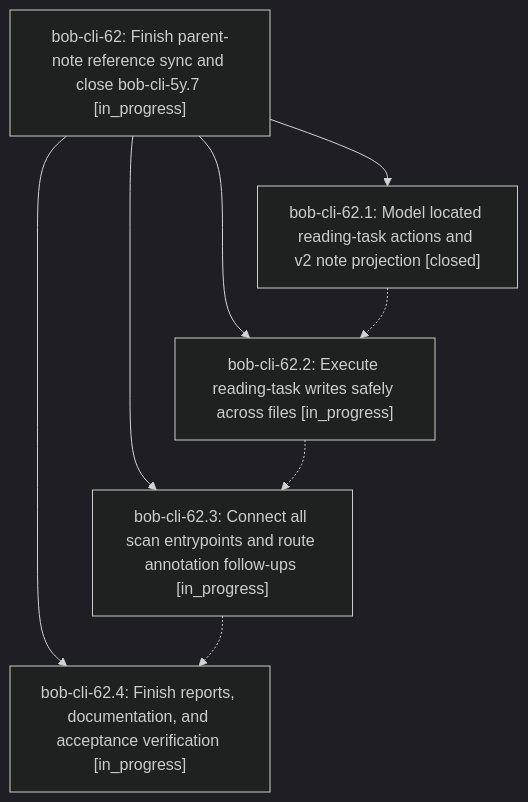
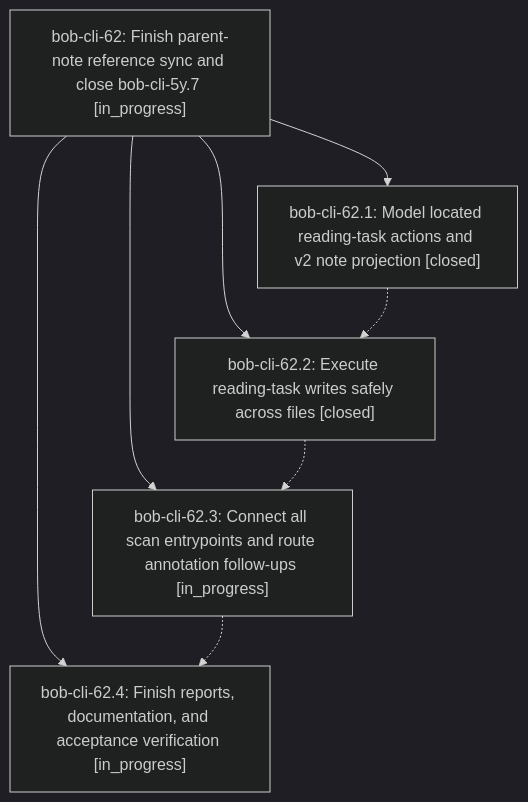
The diagram in pages/bob-cli-62/README.md (bobs-org/bob-cli--beads), drawn with Mermaid (dark theme) before and after one commit. The commit also changed other lines of this file and 3 other files, not shown here.

First line of the commit message:
chore(beads): sync bead state and pages for bob-cli-62

````diff
--- a/pages/bob-cli-62/README.md
+++ b/pages/bob-cli-62/README.md
@@ -25,15 +39,15 @@
 ```mermaid
 flowchart TD
     n0["bob-cli-62: Finish parent-note reference sync and close bob-cli-5y.7 [in_progress]"]
     n1["bob-cli-62.1: Model located reading-task actions and v2 note projection [closed]"]
-    n2["bob-cli-62.2: Execute reading-task writes safely across files [in_progress]"]
+    n2["bob-cli-62.2: Execute reading-task writes safely across files [closed]"]
     n3["bob-cli-62.3: Connect all scan entrypoints and route annotation follow-ups [in_progress]"]
     n4["bob-cli-62.4: Finish reports, documentation, and acceptance verification [in_progress]"]
     n0 --> n1
     n0 --> n2
     n0 --> n3
     n0 --> n4
     n1 -.-> n2
     n2 -.-> n3
     n3 -.-> n4
 ```
````
